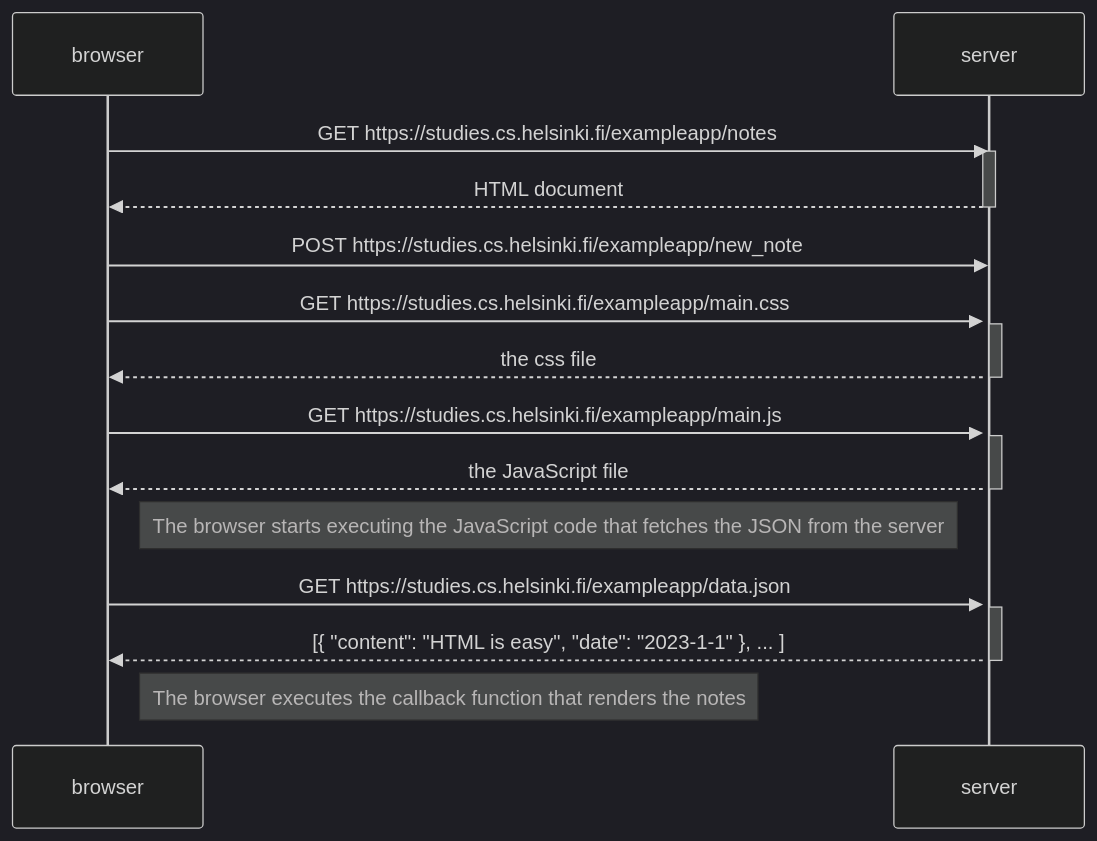
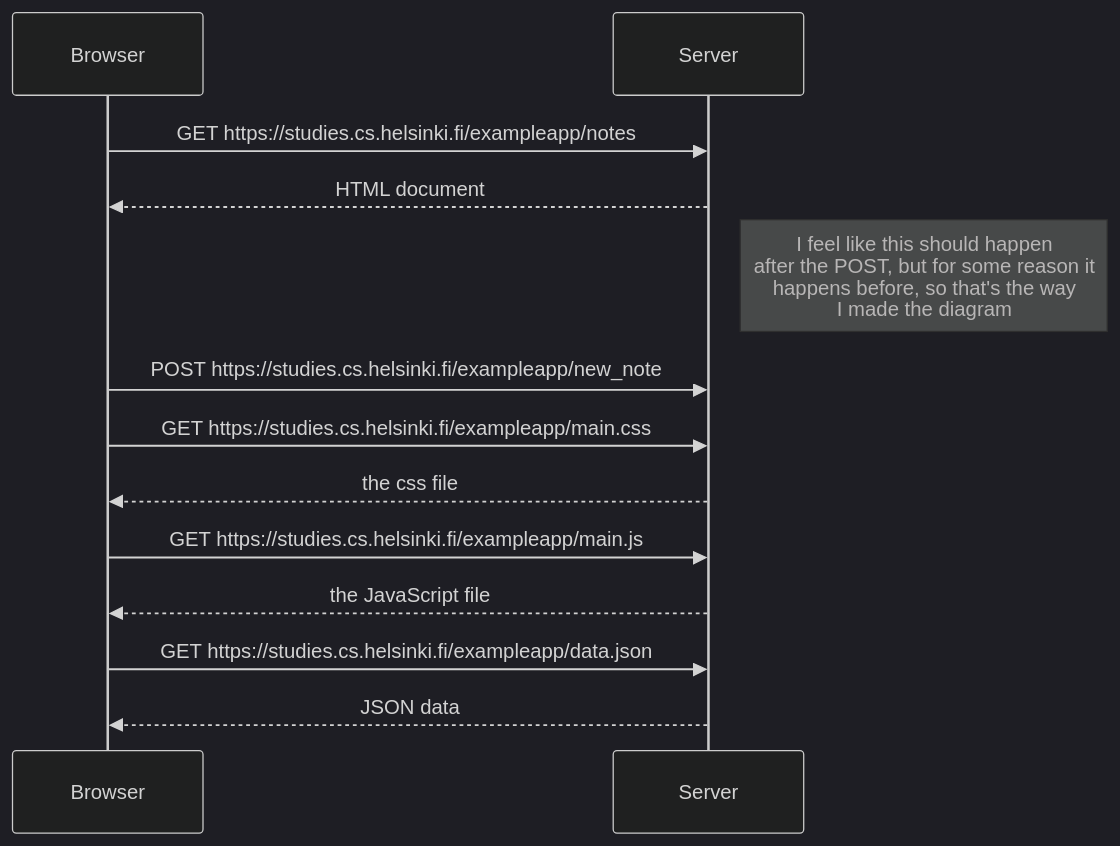
One commit to awesomebunny2/Full-Stack-Open changed the diagram in Part 0/0.4.md. Above: the diagram before and after it, drawn with Mermaid (dark theme).

````diff
--- a/Part 0/0.4.md
+++ b/Part 0/0.4.md
@@ -3,32 +3,19 @@
 ```mermaid
 sequenceDiagram
-    participant browser
-    participant server
+    Browser->>Server: GET https://studies.cs.helsinki.fi/exampleapp/notes
+    Server-->>Browser: HTML document
 
-    browser->>server: GET https://studies.cs.helsinki.fi/exampleapp/notes
-    activate server
-    server-->>browser: HTML document
-    deactivate server
+    Note right of Server: I feel like this should happen<br/>after the POST, but for some reason it<br/>happens before, so that's the way<br/>I made the diagram
 
-    browser->>server: POST https://studies.cs.helsinki.fi/exampleapp/new_note
-    activate server
+    Browser->>Server: POST https://studies.cs.helsinki.fi/exampleapp/new_note
 
-    browser->>server: GET https://studies.cs.helsinki.fi/exampleapp/main.css
-    activate server
-    server-->>browser: the css file
-    deactivate server
+    Browser->>Server: GET https://studies.cs.helsinki.fi/exampleapp/main.css
+    Server-->>Browser: the css file
 
-    browser->>server: GET https://studies.cs.helsinki.fi/exampleapp/main.js
-    activate server
-    server-->>browser: the JavaScript file
-    deactivate server
+    Browser->>Server: GET https://studies.cs.helsinki.fi/exampleapp/main.js
+    Server-->>Browser: the JavaScript file
 
-    Note right of browser: The browser starts executing the JavaScript code that fetches the JSON from the server
+    Browser->>Server: GET https://studies.cs.helsinki.fi/exampleapp/data.json
+    Server-->>Browser: JSON data
 
-    browser->>server: GET https://studies.cs.helsinki.fi/exampleapp/data.json
-    activate server
-    server-->>browser: [{ "content": "HTML is easy", "date": "2023-1-1" }, ... ]
-    deactivate server
-
-    Note right of browser: The browser executes the callback function that renders the notes
 ```
````
